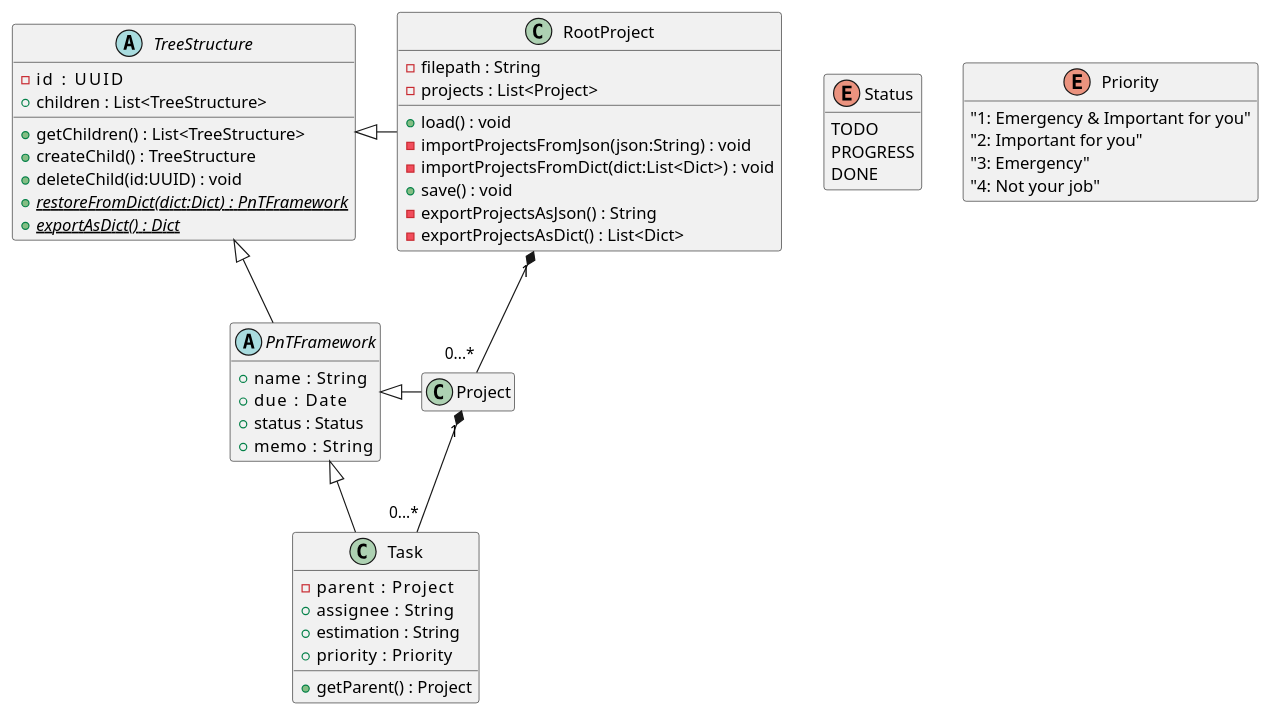
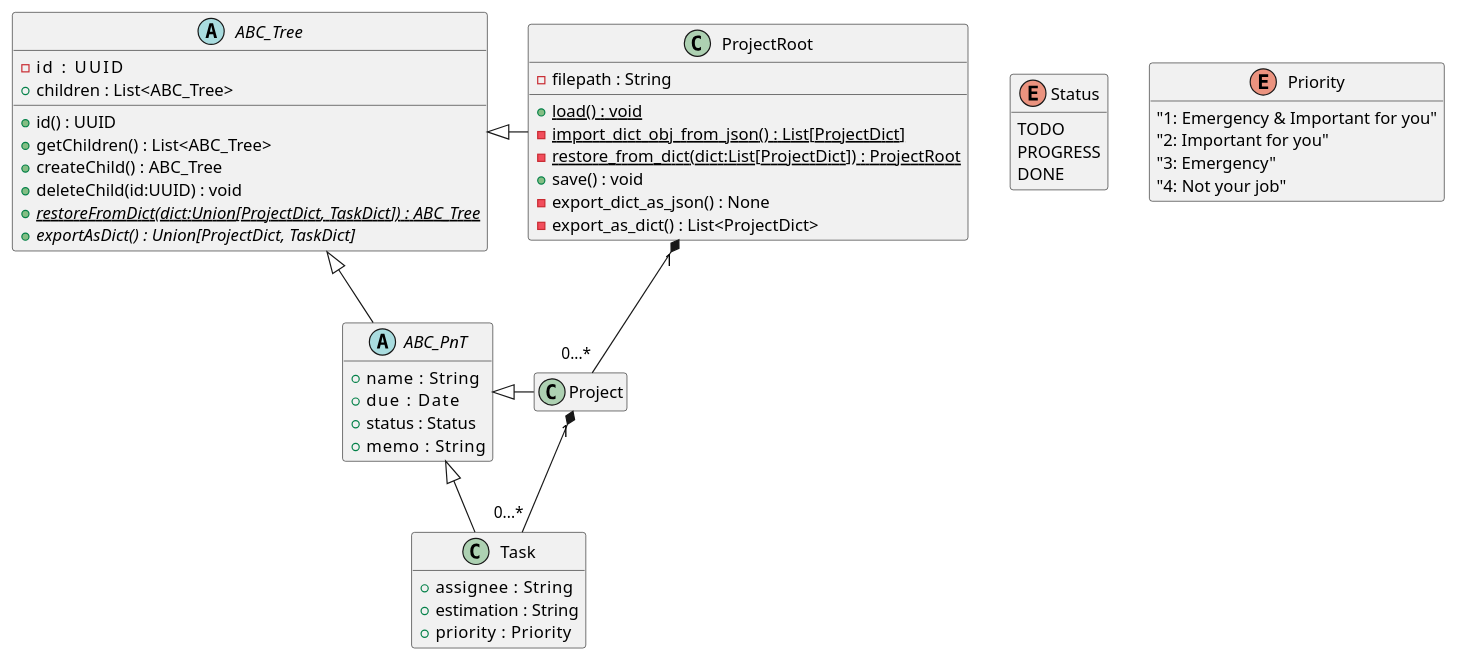
One commit to PastaSoba/MyTaskManagementApp2 changed the diagram in uml/モデル部分.puml. Above: the diagram before and after it, drawn with PlantUML. The commit also changed 1 other file, not shown here.

```diff
--- a/uml/モデル部分.puml
+++ b/uml/モデル部分.puml
@@ -1,69 +1,64 @@
 @startuml model
 hide empty members
 
 enum Status {
     TODO
     PROGRESS
     DONE
 }
 
 enum Priority {
     "1: Emergency & Important for you"
     "2: Important for you"
     "3: Emergency"
     "4: Not your job"
 }
 
-class RootProject {
+class ProjectRoot {
     -filepath : String
-    -projects : List<Project>
 
-    +load() : void
-    -importProjectsFromJson(json:String) : void
-    -importProjectsFromDict(dict:List<Dict>) : void
+    +{static}load() : void
+    -{static}import_dict_obj_from_json() : List[ProjectDict]
+    -{static}restore_from_dict(dict:List[ProjectDict]) : ProjectRoot
     +save() : void
-    -exportProjectsAsJson() : String
-    -exportProjectsAsDict() : List<Dict>
+    -export_dict_as_json() : None
+    -export_as_dict() : List<ProjectDict>
 }
 
-abstract class TreeStructure {
+abstract class ABC_Tree {
     -id     : UUID
-    +children : List<TreeStructure>
+    +children : List<ABC_Tree>
 
-    +getChildren() : List<TreeStructure>
-    +createChild() : TreeStructure
+    +id() : UUID
+    +getChildren() : List<ABC_Tree>
+    +createChild() : ABC_Tree
     +deleteChild(id:UUID) : void
     ' I/Oに関する部分
-    +{static}{abstract} restoreFromDict(dict:Dict) : PnTFramework
-    +{static}{abstract} exportAsDict() : Dict
+    +{static}{abstract} restoreFromDict(dict:Union[ProjectDict, TaskDict]) : ABC_Tree
+    +{abstract} exportAsDict() : Union[ProjectDict, TaskDict]
 }
 
-abstract class PnTFramework {
+abstract class ABC_PnT {
     +name   : String
     +due    : Date
     +status : Status
     +memo   : String
 }
 
 
 class Project {
 }
 
 class Task {
-    -parent     : Project
     +assignee   : String
     +estimation : String
     +priority   : Priority
-
-
-    +getParent() : Project
-
 }
 
-RootProject "1" *-down- "0...*" Project
+ProjectRoot "1" *-down- "0...*" Project
 Project "1" *-down- "0...*" Task
-TreeStructure <|-- PnTFramework
-TreeStructure <|- RootProject
-PnTFramework <|- Project
-PnTFramework <|- Task
+ABC_Tree <|-- ABC_PnT
+ABC_Tree <|- ProjectRoot
+ABC_PnT <|- Project
+ABC_PnT <|- Task
 @enduml
```
